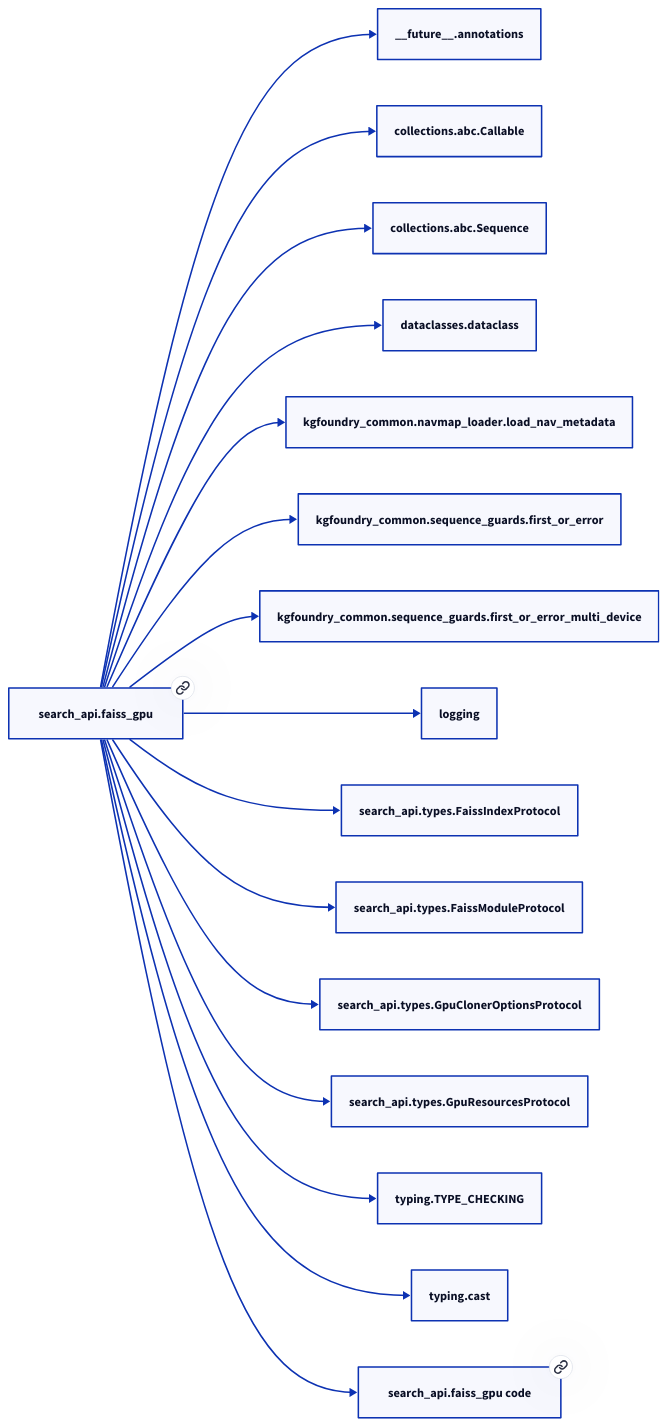
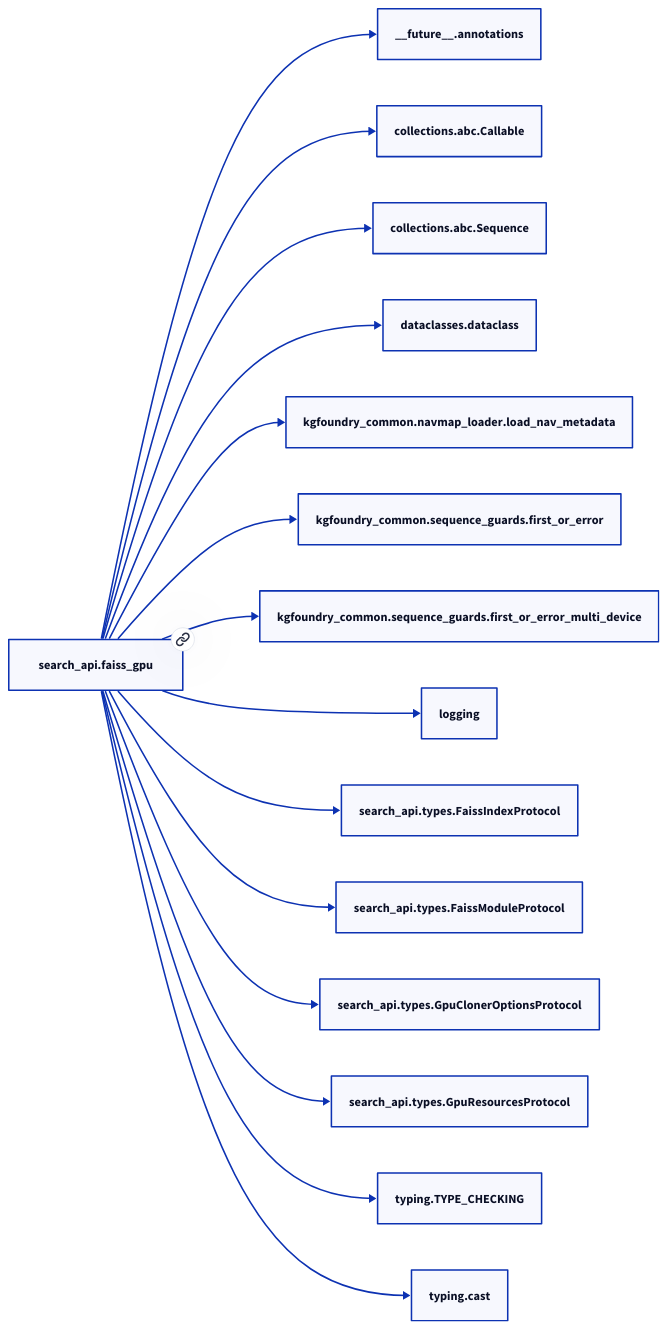
Before and after one commit to paul-heyse/kgforge: the second of 2 diagrams in docs/modules/search_api/faiss_gpu.md, drawn with D2. The commit also changed other lines of this file and 118 other files, not shown here.

````diff
--- a/docs/modules/search_api/faiss_gpu.md
+++ b/docs/modules/search_api/faiss_gpu.md
@@ -49,34 +47,32 @@
 ```d2
 direction: right
-"search_api.faiss_gpu": "search_api.faiss_gpu" { link: "./search_api/faiss_gpu.md" }
+"search_api.faiss_gpu": "search_api.faiss_gpu" { link: "faiss_gpu.md" }
 "__future__.annotations": "__future__.annotations"
 "search_api.faiss_gpu" -> "__future__.annotations"
 "collections.abc.Callable": "collections.abc.Callable"
 "search_api.faiss_gpu" -> "collections.abc.Callable"
 "collections.abc.Sequence": "collections.abc.Sequence"
 "search_api.faiss_gpu" -> "collections.abc.Sequence"
 "dataclasses.dataclass": "dataclasses.dataclass"
 "search_api.faiss_gpu" -> "dataclasses.dataclass"
 "kgfoundry_common.navmap_loader.load_nav_metadata": "kgfoundry_common.navmap_loader.load_nav_metadata"
 "search_api.faiss_gpu" -> "kgfoundry_common.navmap_loader.load_nav_metadata"
 "kgfoundry_common.sequence_guards.first_or_error": "kgfoundry_common.sequence_guards.first_or_error"
 "search_api.faiss_gpu" -> "kgfoundry_common.sequence_guards.first_or_error"
 "kgfoundry_common.sequence_guards.first_or_error_multi_device": "kgfoundry_common.sequence_guards.first_or_error_multi_device"
 "search_api.faiss_gpu" -> "kgfoundry_common.sequence_guards.first_or_error_multi_device"
 "logging": "logging"
 "search_api.faiss_gpu" -> "logging"
 "search_api.types.FaissIndexProtocol": "search_api.types.FaissIndexProtocol"
 "search_api.faiss_gpu" -> "search_api.types.FaissIndexProtocol"
 "search_api.types.FaissModuleProtocol": "search_api.types.FaissModuleProtocol"
 "search_api.faiss_gpu" -> "search_api.types.FaissModuleProtocol"
 "search_api.types.GpuClonerOptionsProtocol": "search_api.types.GpuClonerOptionsProtocol"
 "search_api.faiss_gpu" -> "search_api.types.GpuClonerOptionsProtocol"
 "search_api.types.GpuResourcesProtocol": "search_api.types.GpuResourcesProtocol"
 "search_api.faiss_gpu" -> "search_api.types.GpuResourcesProtocol"
 "typing.TYPE_CHECKING": "typing.TYPE_CHECKING"
 "search_api.faiss_gpu" -> "typing.TYPE_CHECKING"
 "typing.cast": "typing.cast"
 "search_api.faiss_gpu" -> "typing.cast"
-"search_api.faiss_gpu_code": "search_api.faiss_gpu code" { link: "https://github.com/kgfoundry/kgfoundry/blob/main/src/search_api/faiss_gpu.py" }
-"search_api.faiss_gpu" -> "search_api.faiss_gpu_code" { style: dashed }
 ```
````
